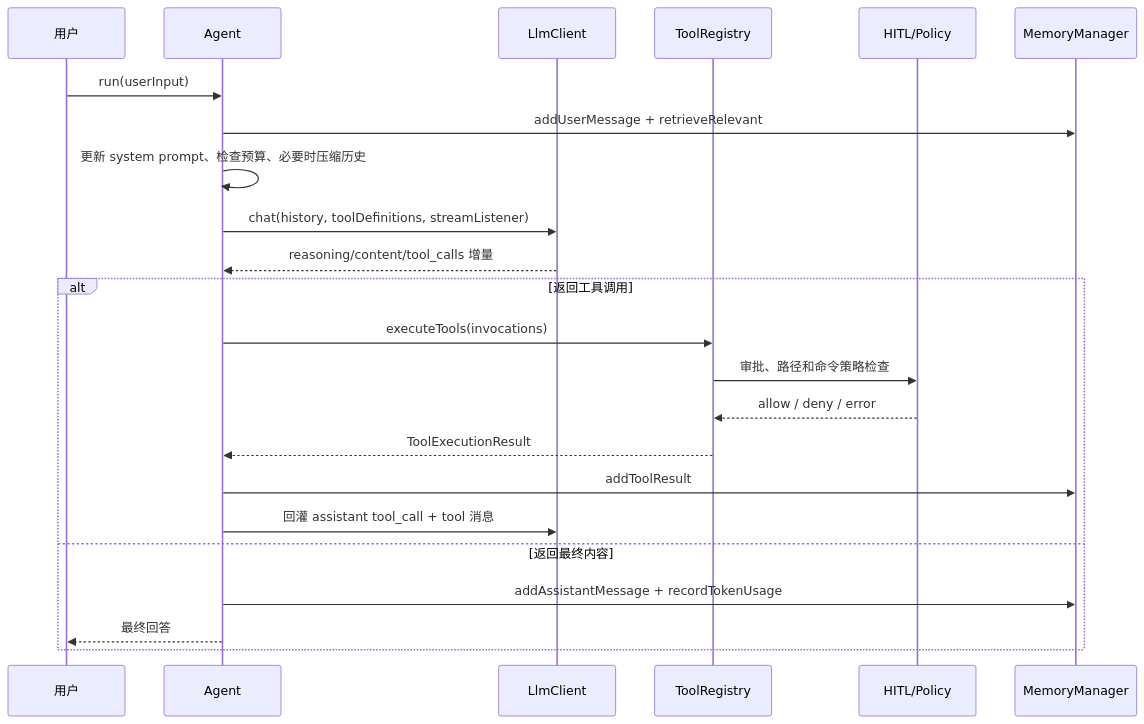
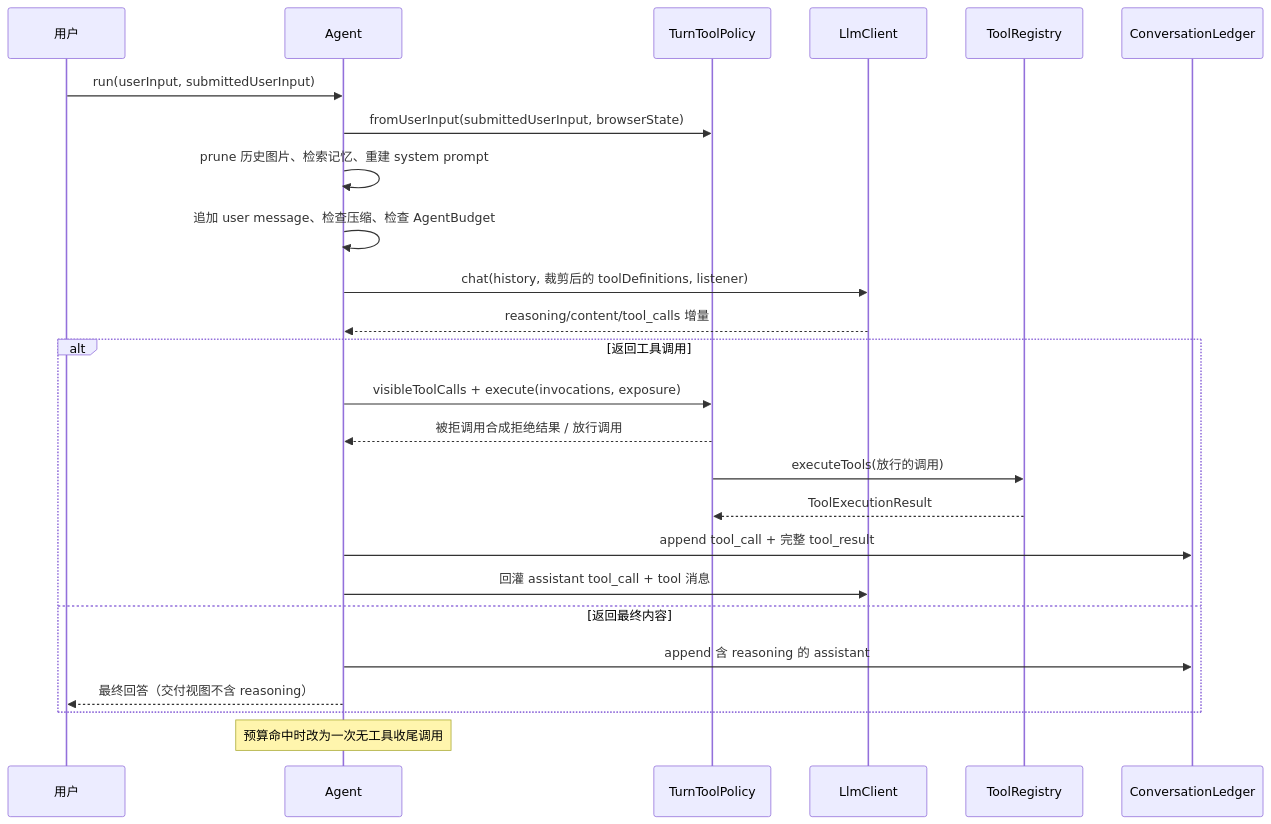
Before and after one commit to zgjdev/Code-Agent: the second of 3 diagrams in docs/dev/01-react-agent.md, drawn with Mermaid. The commit also changed other lines of this file and 5 other files, not shown here.

````diff
--- a/docs/dev/01-react-agent.md
+++ b/docs/dev/01-react-agent.md
@@ -72,26 +85,28 @@
 ```mermaid
 sequenceDiagram
     participant User as 用户
     participant Agent as Agent
+    participant Policy as TurnToolPolicy
     participant LLM as LlmClient
     participant Tools as ToolRegistry
-    participant Policy as HITL/Policy
-    participant Memory as MemoryManager
+    participant Ledger as ConversationLedger
 
-    User->>Agent: run(userInput)
-    Agent->>Memory: addUserMessage + retrieveRelevant
-    Agent->>Agent: 更新 system prompt、检查预算、必要时压缩历史
-    Agent->>LLM: chat(history, toolDefinitions, streamListener)
+    User->>Agent: run(userInput, submittedUserInput)
+    Agent->>Policy: fromUserInput(submittedUserInput, browserState)
+    Agent->>Agent: prune 历史图片、检索记忆、重建 system prompt
+    Agent->>Agent: 追加 user message、检查压缩、检查 AgentBudget
+    Agent->>LLM: chat(history, 裁剪后的 toolDefinitions, listener)
     LLM-->>Agent: reasoning/content/tool_calls 增量
     alt 返回工具调用
-        Agent->>Tools: executeTools(invocations)
-        Tools->>Policy: 审批、路径和命令策略检查
-        Policy-->>Tools: allow / deny / error
-        Tools-->>Agent: ToolExecutionResult
-        Agent->>Memory: addToolResult
+        Agent->>Policy: visibleToolCalls + execute(invocations, exposure)
+        Policy-->>Agent: 被拒调用合成拒绝结果 / 放行调用
+        Policy->>Tools: executeTools(放行的调用)
+        Tools-->>Policy: ToolExecutionResult
+        Agent->>Ledger: append tool_call + 完整 tool_result
         Agent->>LLM: 回灌 assistant tool_call + tool 消息
     else 返回最终内容
-        Agent->>Memory: addAssistantMessage + recordTokenUsage
-        Agent-->>User: 最终回答
+        Agent->>Ledger: append 含 reasoning 的 assistant
+        Agent-->>User: 最终回答（交付视图不含 reasoning）
     end
+    Note over Agent: 预算命中时改为一次无工具收尾调用
 ```
````
